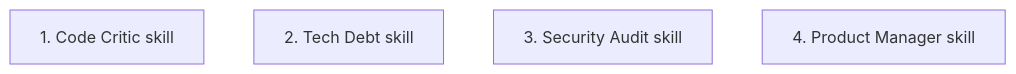
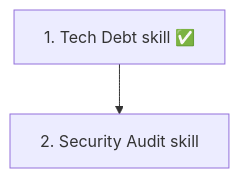
The diagram in docs/plan/meta_agent_prompt_templates.md (agentty-xyz/agentty), drawn with Mermaid before and after one commit. The commit also changed other lines of this file and 7 other files, not shown here.

First line of the commit message:
Add tech-debt analysis skill

````diff
--- a/docs/plan/meta_agent_prompt_templates.md
+++ b/docs/plan/meta_agent_prompt_templates.md
@@ -130,7 +81,4 @@
 ```mermaid
 graph TD
-    P1[1. Code Critic skill]
-    P2[2. Tech Debt skill]
-    P3[3. Security Audit skill]
-    P4[4. Product Manager skill]
+    P1[1. Tech Debt skill ✅] --> P2[2. Security Audit skill]
 ```
````
